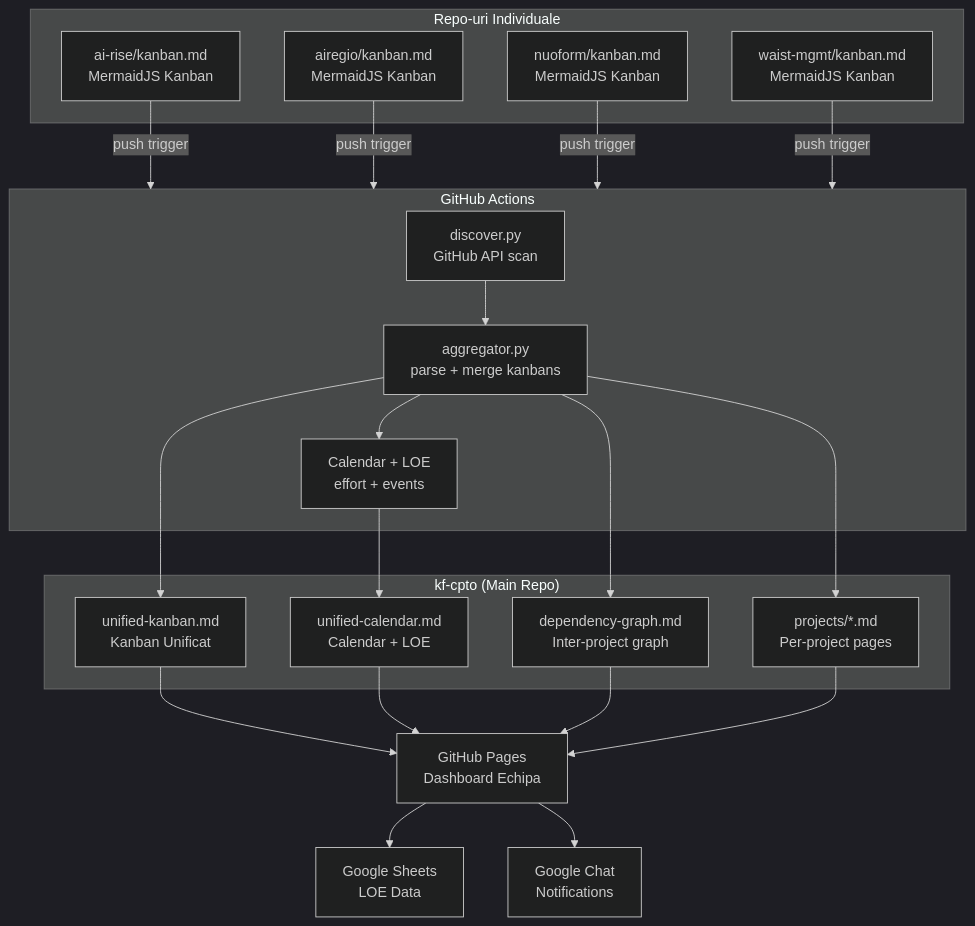
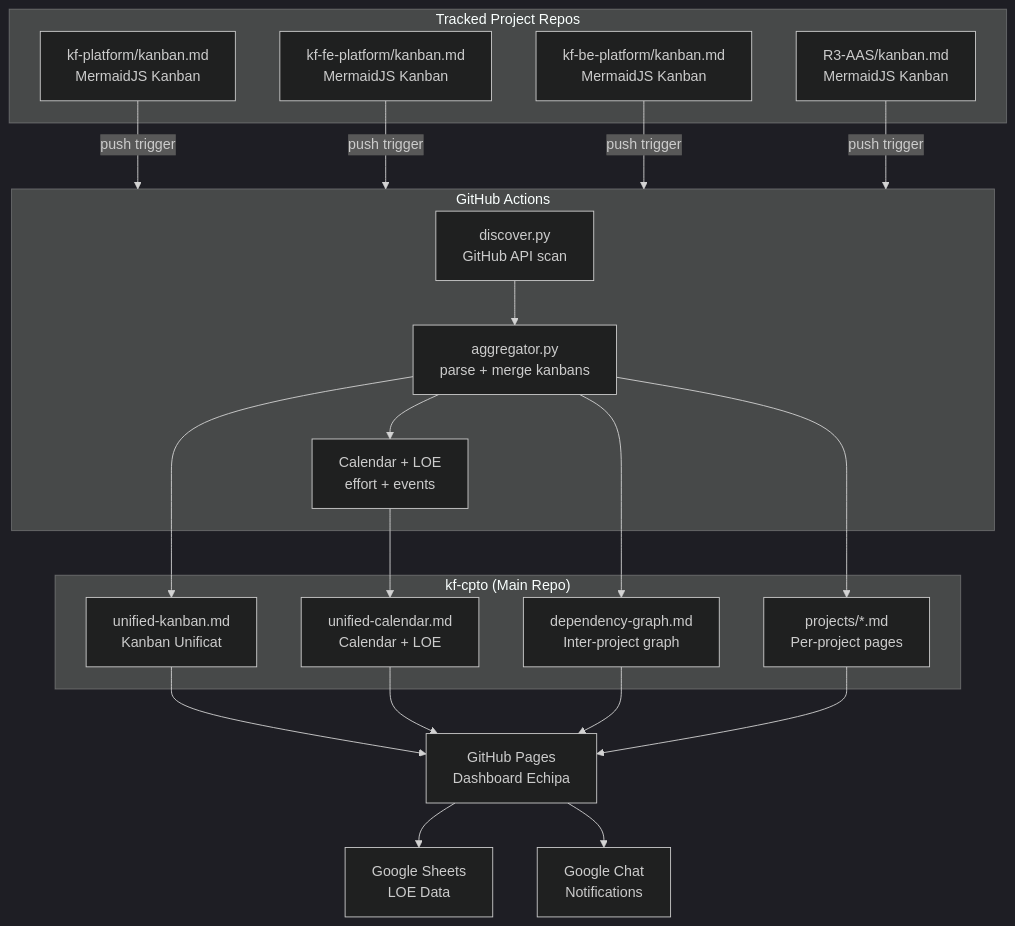
The diagram in README.md (Katty-Fashion/kf-cpto), drawn with Mermaid (dark theme) before and after one commit. The commit also changed other lines of this file, not shown here.

First line of the commit message:
docs(readme): document kanban generator + plan-of-record; refresh stale info

````diff
--- a/README.md
+++ b/README.md
@@ -63,43 +105,43 @@
 ```mermaid
 graph TD
-    subgraph repos["Repo-uri Individuale"]
-        A["ai-rise/kanban.md<br/>MermaidJS Kanban"]
-        B["airegio/kanban.md<br/>MermaidJS Kanban"]
-        C["nuoform/kanban.md<br/>MermaidJS Kanban"]
-        D["waist-mgmt/kanban.md<br/>MermaidJS Kanban"]
+    subgraph repos["Tracked Project Repos"]
+        A["kf-platform/kanban.md<br/>MermaidJS Kanban"]
+        B["kf-fe-platform/kanban.md<br/>MermaidJS Kanban"]
+        C["kf-be-platform/kanban.md<br/>MermaidJS Kanban"]
+        D["R3-AAS/kanban.md<br/>MermaidJS Kanban"]
     end
 
     A -->|push trigger| GHA
     B -->|push trigger| GHA
     C -->|push trigger| GHA
     D -->|push trigger| GHA
 
     subgraph GHA["GitHub Actions"]
         DISC["discover.py<br/>GitHub API scan"]
         AGG["aggregator.py<br/>parse + merge kanbans"]
         CAL["Calendar + LOE<br/>effort + events"]
         DISC --> AGG
         AGG --> CAL
     end
 
     subgraph kfcpto["kf-cpto (Main Repo)"]
         UK["unified-kanban.md<br/>Kanban Unificat"]
         UC["unified-calendar.md<br/>Calendar + LOE"]
         DG["dependency-graph.md<br/>Inter-project graph"]
         PP["projects/*.md<br/>Per-project pages"]
     end
 
     AGG --> UK
     AGG --> DG
     AGG --> PP
     CAL --> UC
 
     UK --> PAGES
     UC --> PAGES
     DG --> PAGES
     PP --> PAGES
 
     PAGES["GitHub Pages<br/>Dashboard Echipa"]
     PAGES --> GS["Google Sheets<br/>LOE Data"]
     PAGES --> GC["Google Chat<br/>Notifications"]
 ```
````
